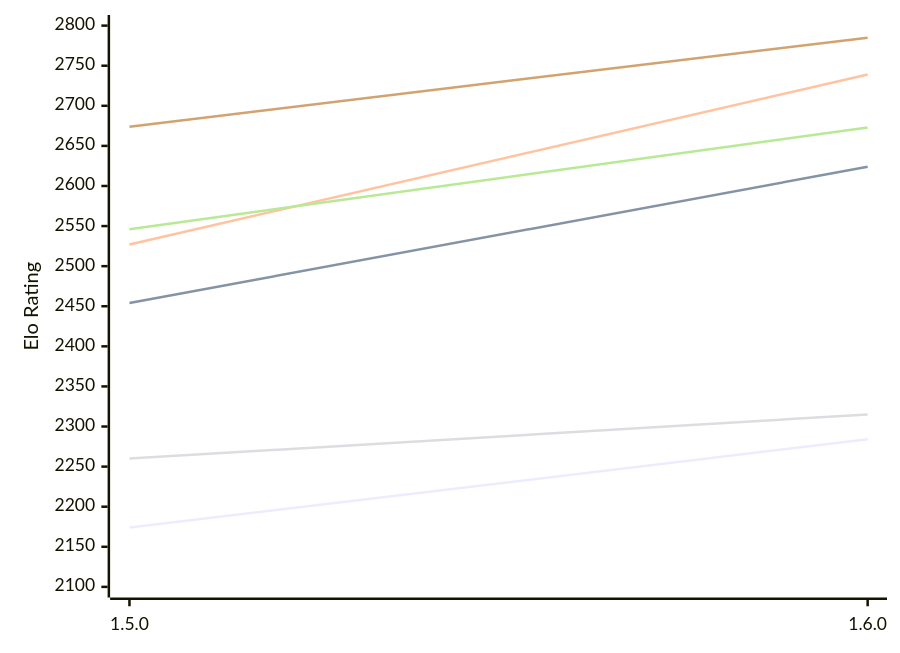
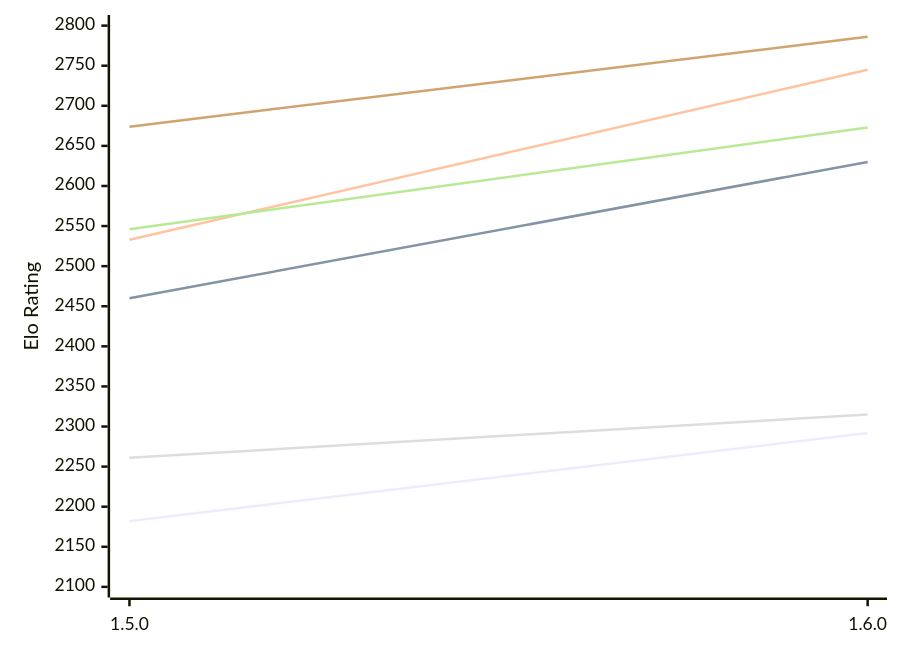
The first of 2 diagrams in engines/Tofiks.md (computer-chess-index/cci), drawn with Mermaid before and after one commit. The commit also changed other lines of this file, not shown here.

Commit message:
Update CCI Ratings (ELO VLTC) - 2026-11-10

````diff
--- a/engines/Tofiks.md
+++ b/engines/Tofiks.md
@@ -51,12 +51,12 @@
 ```mermaid
 %%{init: {"theme":"base","themeVariables":{"seriesColors:['#a3a3a3','#222221','#faa371']}}}%%
 xychart-beta
   x-axis ["1.5.0", "1.6.0"]
   y-axis "Elo Rating" 2100 --> 2800
-  line "E1: STC (8.0+0.08s)" [2174, 2284]
-  line "E1: LTC (60.0+0.60s)" [2454, 2624]
-  line "E1: VLTC (2m24s+1.12s)" [2527, 2739]
-  line "P1: STC (8.0+0.08s)" [2260, 2315]
+  line "E1: STC (8.0+0.08s)" [2182, 2292]
+  line "E1: LTC (60.0+0.60s)" [2460, 2630]
+  line "E1: VLTC (2m24s+1.12s)" [2533, 2745]
+  line "P1: STC (8.0+0.08s)" [2261, 2315]
   line "P1: LTC (60.0+0.60s)" [2546, 2673]
-  line "P1: VLTC (2m24s+1.12s)" [2674, 2785]
+  line "P1: VLTC (2m24s+1.12s)" [2674, 2786]
 ```
````
